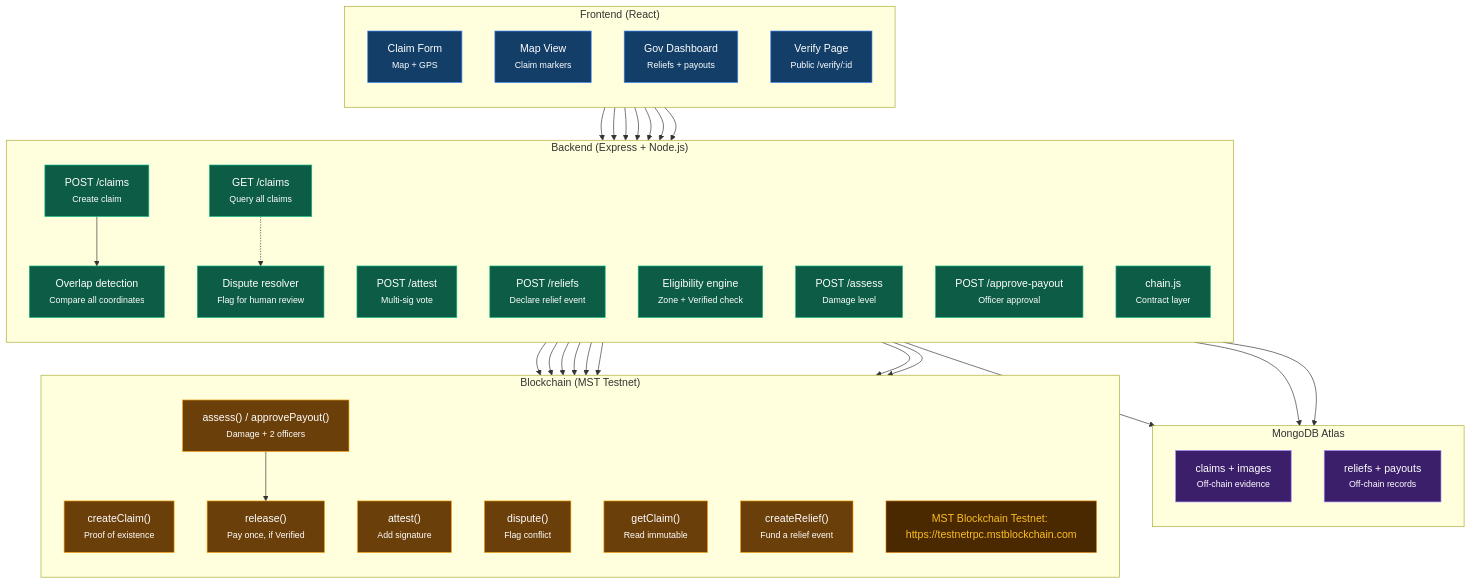
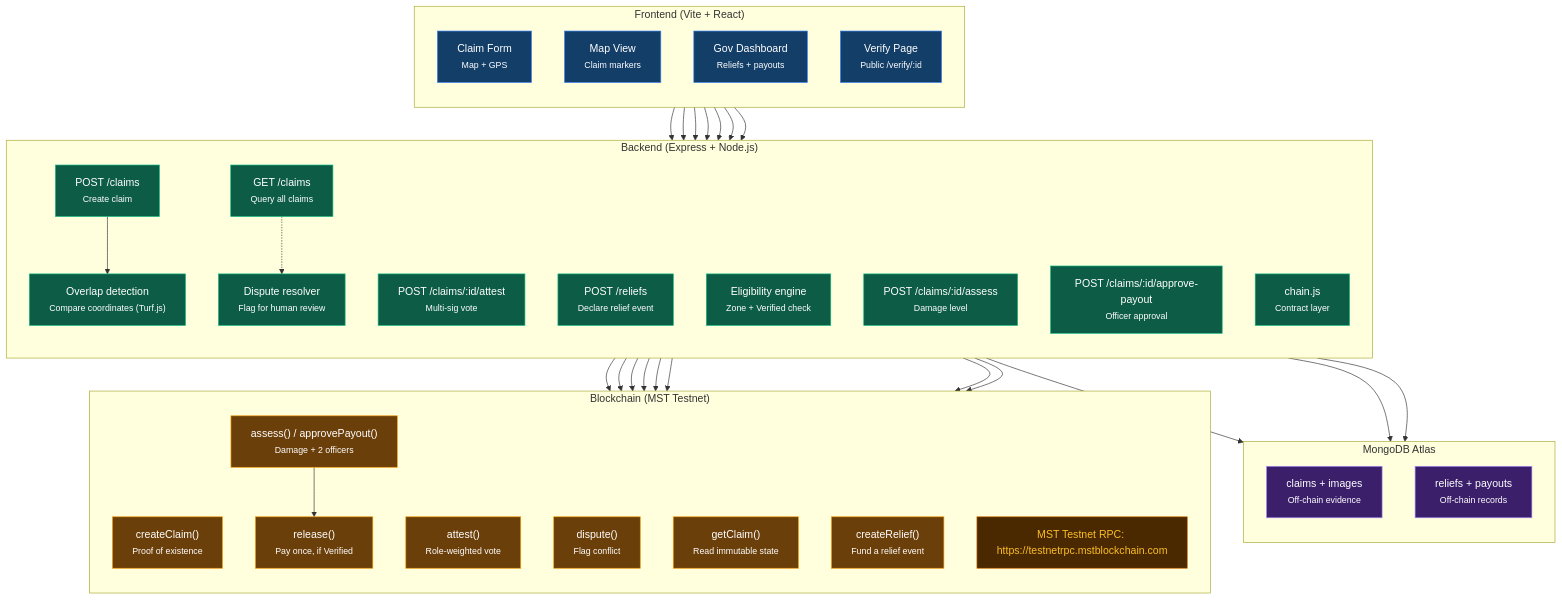
One commit to prathamshetty18/teamharmonybms changed the diagram in README.md. Above: the diagram before and after it, drawn with Mermaid. The commit also changed other lines of this file, not shown here.

````diff
--- a/README.md
+++ b/README.md
@@ -29,81 +37,78 @@
 ```mermaid
 flowchart TD
-    subgraph Frontend["Frontend (React)"]
+    subgraph Frontend["Frontend (Vite + React)"]
         direction TB
         CF["Claim Form<br/><small>Map + GPS</small>"]
         MV["Map View<br/><small>Claim markers</small>"]
         GD["Gov Dashboard<br/><small>Reliefs + payouts</small>"]
         VP["Verify Page<br/><small>Public /verify/:id</small>"]
     end
 
     subgraph Backend["Backend (Express + Node.js)"]
         direction TB
         PC["POST /claims<br/><small>Create claim</small>"]
-        PA["POST /attest<br/><small>Multi-sig vote</small>"]
+        PA["POST /claims/:id/attest<br/><small>Multi-sig vote</small>"]
         GC["GET /claims<br/><small>Query all claims</small>"]
         RL["POST /reliefs<br/><small>Declare relief event</small>"]
         EL["Eligibility engine<br/><small>Zone + Verified check</small>"]
-        AS["POST /assess<br/><small>Damage level</small>"]
-        AP["POST /approve-payout<br/><small>Officer approval</small>"]
+        AS["POST /claims/:id/assess<br/><small>Damage level</small>"]
+        AP["POST /claims/:id/approve-payout<br/><small>Officer approval</small>"]
         CJ["chain.js<br/><small>Contract layer</small>"]
-        OD["Overlap detection<br/><small>Compare all coordinates</small>"]
+        OD["Overlap detection<br/><small>Compare coordinates (Turf.js)</small>"]
         DR["Dispute resolver<br/><small>Flag for human review</small>"]
     end
 
     subgraph Mongo["MongoDB Atlas"]
         direction TB
         CL["claims + images<br/><small>Off-chain evidence</small>"]
         RP["reliefs + payouts<br/><small>Off-chain records</small>"]
     end
 
     subgraph Blockchain["Blockchain (MST Testnet)"]
         direction TB
         CC["createClaim()<br/><small>Proof of existence</small>"]
-        AT["attest()<br/><small>Add signature</small>"]
+        AT["attest()<br/><small>Role-weighted vote</small>"]
         DP["dispute()<br/><small>Flag conflict</small>"]
-        GT["getClaim()<br/><small>Read immutable</small>"]
+        GT["getClaim()<br/><small>Read immutable state</small>"]
         CR["createRelief()<br/><small>Fund a relief event</small>"]
         AC["assess() / approvePayout()<br/><small>Damage + 2 officers</small>"]
         RE["release()<br/><small>Pay once, if Verified</small>"]
-        RPC["MST Blockchain Testnet: https://testnetrpc.mstblockchain.com"]
+        RPC["MST Testnet RPC: https://testnetrpc.mstblockchain.com"]
     end
 
-    %% Frontend to Backend Flows
     CF --> PC
     MV --> GC
     GD --> RL
     GD --> EL
     GD --> AS
     GD --> AP
     VP --> CJ
 
-    %% Backend to Storage & Blockchain
     PC --> OD
     OD --> CC
     PC --> CL
     PA --> AT
     DR --> DP
     CJ --> GT
     GC -.-> DR
 
     RL --> CR
     RL --> RP
     EL --> GT
     EL --> RP
     AS --> AC
     AP --> AC
     AC --> RE
 
-    %% Styling to reflect architecture tiers
     classDef fe fill:#133e68,stroke:#3b82f6,stroke-width:1px,color:#ffffff;
     classDef be fill:#0d5c46,stroke:#10b981,stroke-width:1px,color:#ffffff;
     classDef db fill:#3b1f6b,stroke:#a78bfa,stroke-width:1px,color:#ffffff;
     classDef bc fill:#6b3f0a,stroke:#f59e0b,stroke-width:1px,color:#ffffff;
     classDef rpc fill:#4a2800,stroke:#d97706,stroke-width:1px,color:#fbbf24;
 
     class CF,MV,GD,VP fe;
     class PC,PA,GC,RL,EL,AS,AP,CJ,OD,DR be;
     class CL,RP db;
     class CC,AT,DP,GT,CR,AC,RE bc;
     class RPC rpc;
 ```
````
